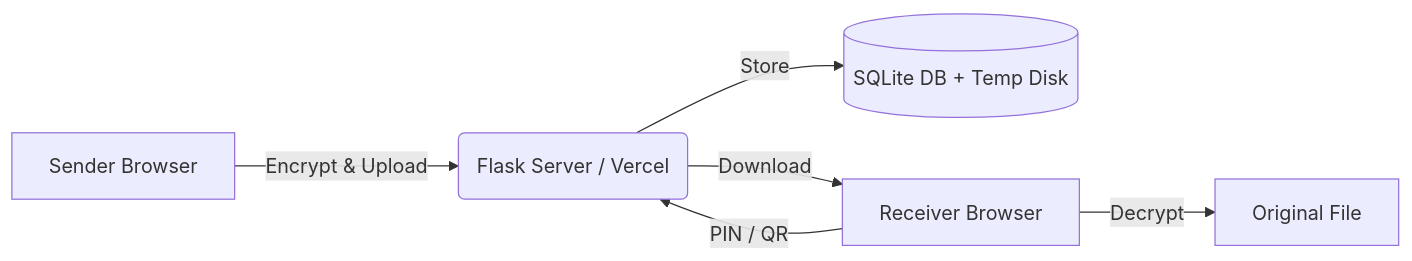
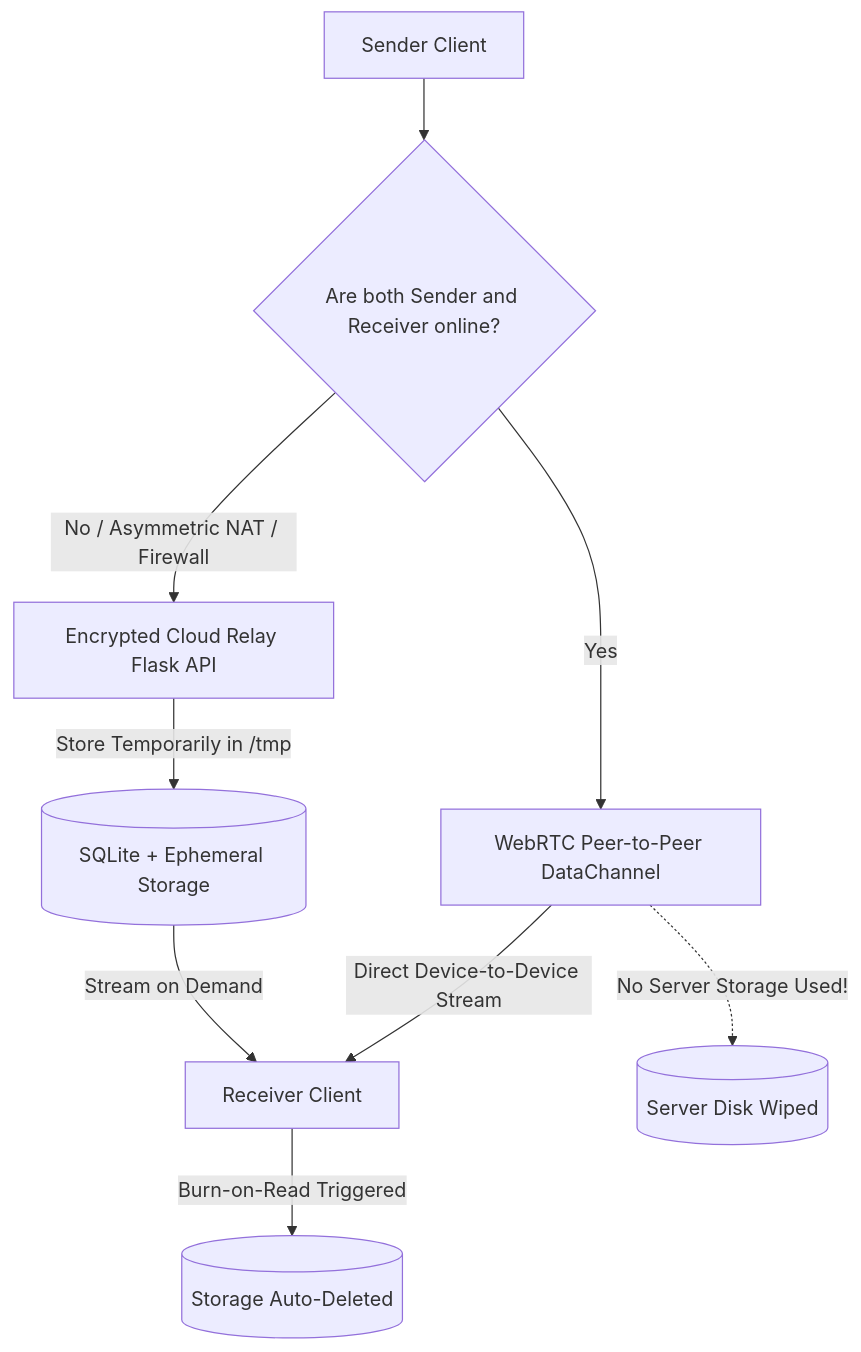
The third of 4 diagrams in TECHNICAL_EXPLANATION.md (Sujalkathait/filesender), drawn with Mermaid before and after one commit. The commit also changed other lines of this file and 20 other files, not shown here.

Commit message:
feat: comprehensive HLD/LLD architecture, database scalability, simple English documentation, and test verification

````diff
--- a/TECHNICAL_EXPLANATION.md
+++ b/TECHNICAL_EXPLANATION.md
@@ -77,8 +177,12 @@
 ```mermaid
-graph LR
-    A[Sender Browser] -->|Encrypt & Upload| B(Flask Server / Vercel)
-    B -->|Store| C[(SQLite DB + Temp Disk)]
-    D[Receiver Browser] -->|PIN / QR| B
-    B -->|Download| D
-    D -->|Decrypt| E[Original File]
+graph TD
+    A[Sender Client] --> B{Are both Sender and Receiver online?}
+    B -->|Yes| C[WebRTC Peer-to-Peer DataChannel]
+    C -->|Direct Device-to-Device Stream| D[Receiver Client]
+    C -.->|No Server Storage Used!| E[(Server Disk Wiped)]
+    
+    B -->|No / Asymmetric NAT / Firewall| F[Encrypted Cloud Relay Flask API]
+    F -->|Store Temporarily in /tmp| G[(SQLite + Ephemeral Storage)]
+    G -->|Stream on Demand| D
+    D -->|Burn-on-Read Triggered| H[(Storage Auto-Deleted)]
 ```
````
